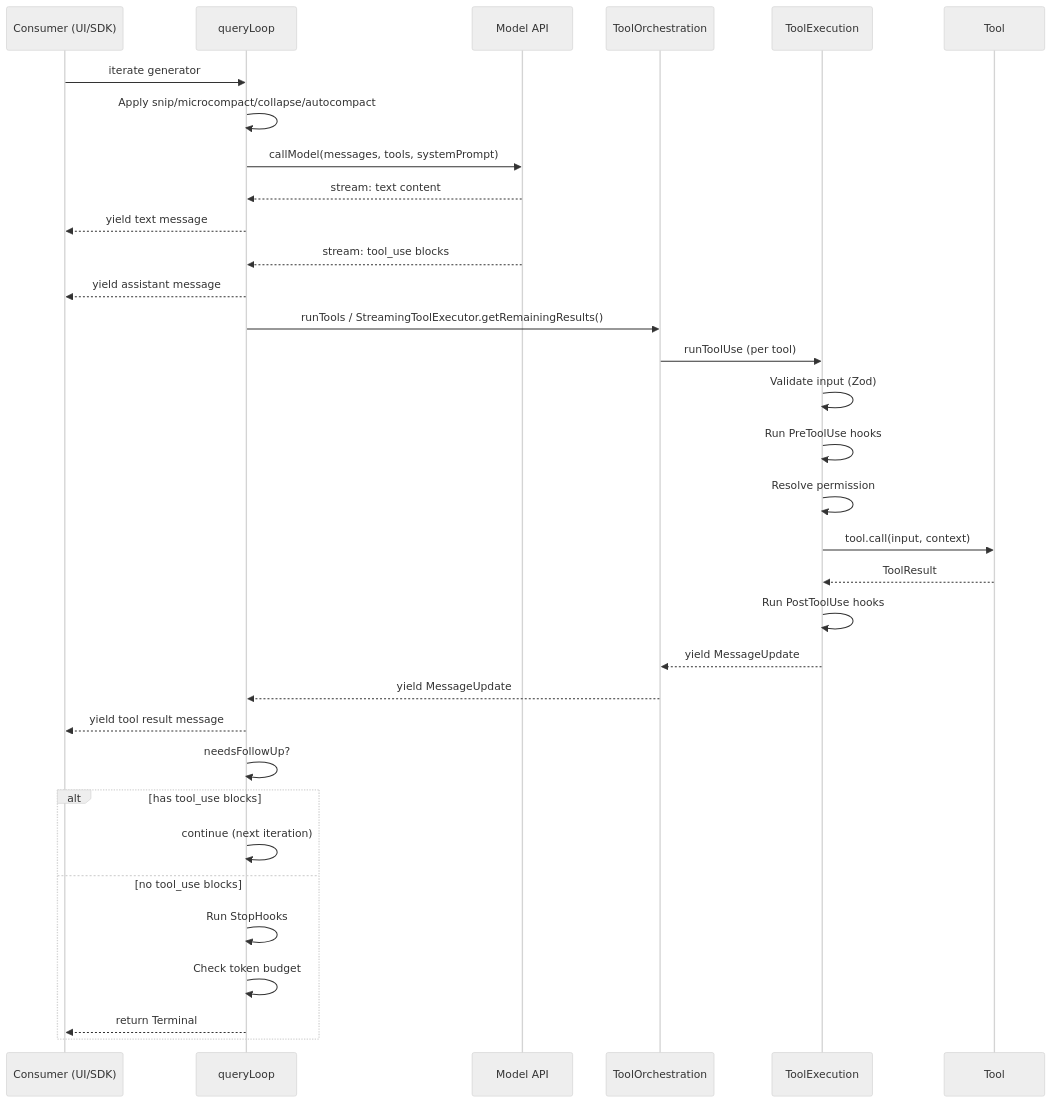
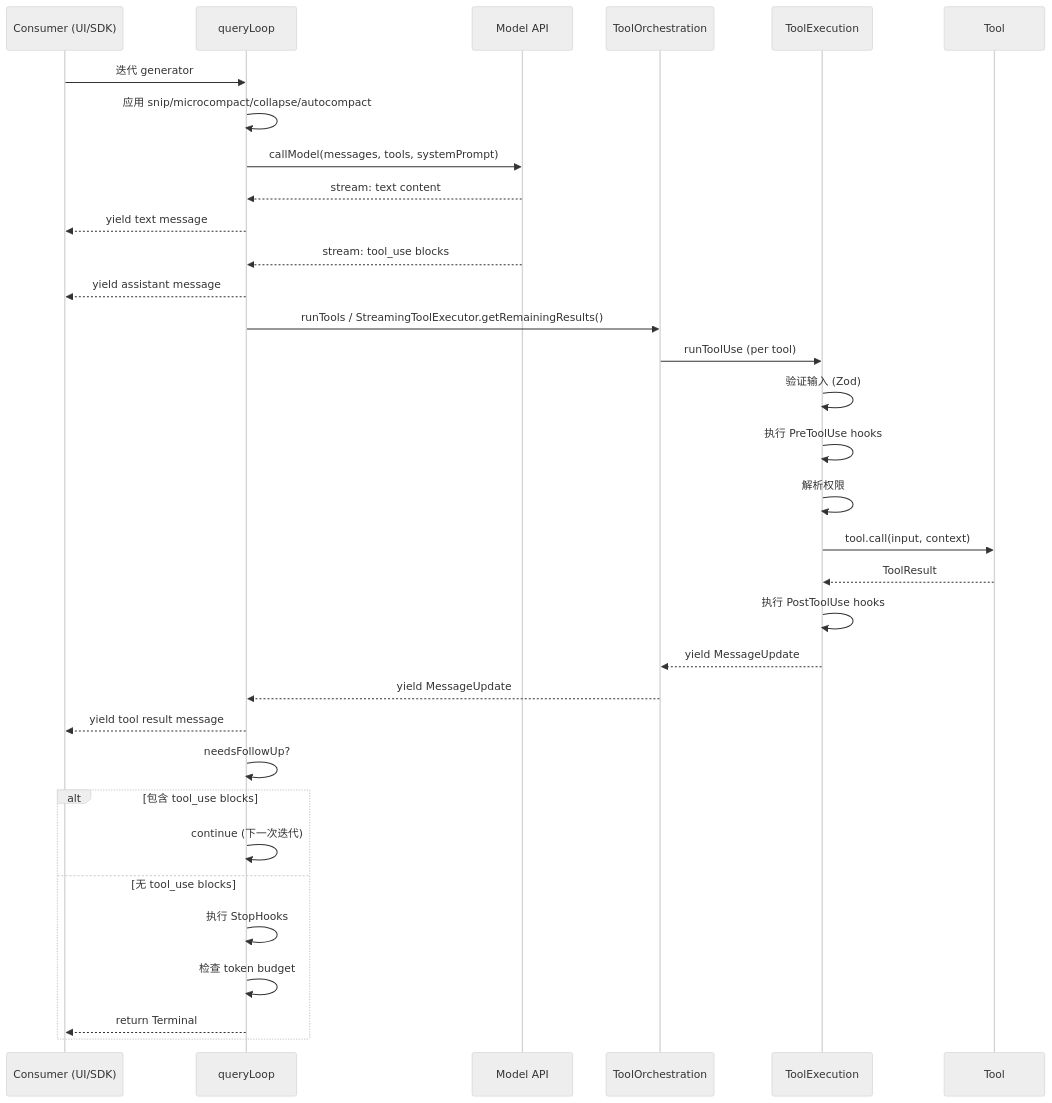
One commit to wisdom-pan/claude-code-learning changed the sixth of 8 diagrams in docs/02-core-engine.md. Above: the diagram before and after it, drawn with Mermaid (neutral theme). The commit also changed other lines of this file and 4 other files, not shown here.

````diff
--- a/docs/02-core-engine.md
+++ b/docs/02-core-engine.md
@@ -729,36 +729,36 @@
 ```mermaid
 sequenceDiagram
     participant UI as Consumer (UI/SDK)
     participant Q as queryLoop
     participant API as Model API
     participant TO as ToolOrchestration
     participant TE as ToolExecution
     participant T as Tool
 
-    UI->>Q: iterate generator
-    Q->>Q: Apply snip/microcompact/collapse/autocompact
+    UI->>Q: 迭代 generator
+    Q->>Q: 应用 snip/microcompact/collapse/autocompact
     Q->>API: callModel(messages, tools, systemPrompt)
     API-->>Q: stream: text content
     Q-->>UI: yield text message
     API-->>Q: stream: tool_use blocks
     Q-->>UI: yield assistant message
     Q->>TO: runTools / StreamingToolExecutor.getRemainingResults()
     TO->>TE: runToolUse (per tool)
-    TE->>TE: Validate input (Zod)
-    TE->>TE: Run PreToolUse hooks
-    TE->>TE: Resolve permission
+    TE->>TE: 验证输入 (Zod)
+    TE->>TE: 执行 PreToolUse hooks
+    TE->>TE: 解析权限
     TE->>T: tool.call(input, context)
     T-->>TE: ToolResult
-    TE->>TE: Run PostToolUse hooks
+    TE->>TE: 执行 PostToolUse hooks
     TE-->>TO: yield MessageUpdate
     TO-->>Q: yield MessageUpdate
     Q-->>UI: yield tool result message
     Q->>Q: needsFollowUp?
-    alt has tool_use blocks
-        Q->>Q: continue (next iteration)
-    else no tool_use blocks
-        Q->>Q: Run StopHooks
-        Q->>Q: Check token budget
+    alt 包含 tool_use blocks
+        Q->>Q: continue (下一次迭代)
+    else 无 tool_use blocks
+        Q->>Q: 执行 StopHooks
+        Q->>Q: 检查 token budget
         Q-->>UI: return Terminal
     end
 ```
````
